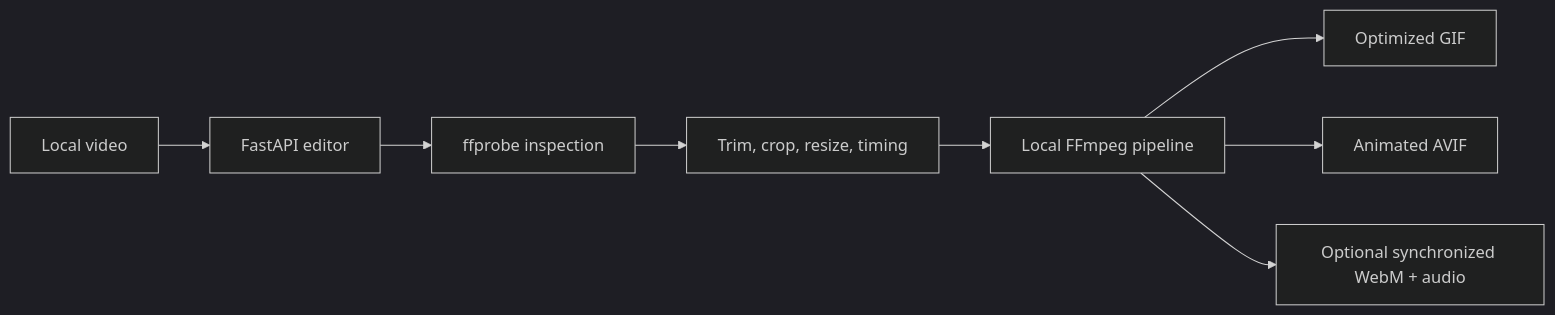
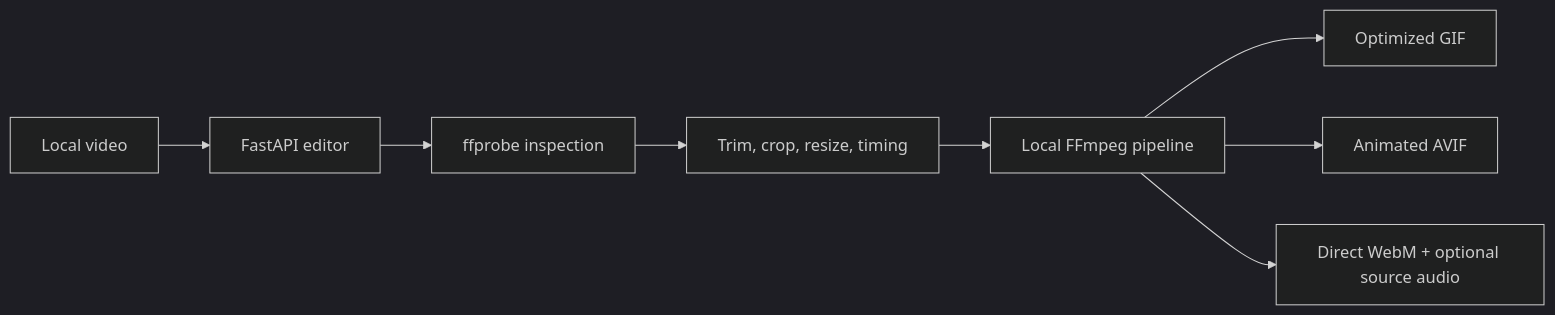
One commit to CommanderTurtle/mm-tools changed the diagram in video-to-gif-avif/ARCHITECTURE.md. Above: the diagram before and after it, drawn with Mermaid (dark theme). The commit also changed other lines of this file and 5 other files, not shown here.

Commit message:
Make WebM a direct animation output

````diff
--- a/video-to-gif-avif/ARCHITECTURE.md
+++ b/video-to-gif-avif/ARCHITECTURE.md
@@ -5,10 +5,10 @@
 ```mermaid
 flowchart LR
     Input["Local video"] --> API["FastAPI editor"]
     API --> Probe["ffprobe inspection"]
     Probe --> Edit["Trim, crop, resize, timing"]
     Edit --> FFmpeg["Local FFmpeg pipeline"]
     FFmpeg --> GIF["Optimized GIF"]
     FFmpeg --> AVIF["Animated AVIF"]
-    FFmpeg --> WebM["Optional synchronized WebM + audio"]
+    FFmpeg --> WebM["Direct WebM + optional source audio"]
 ```
````
